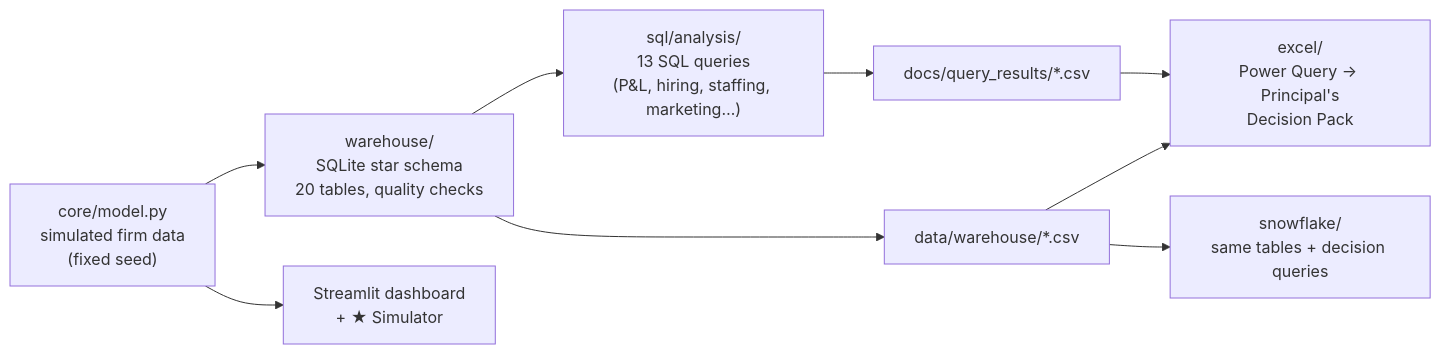
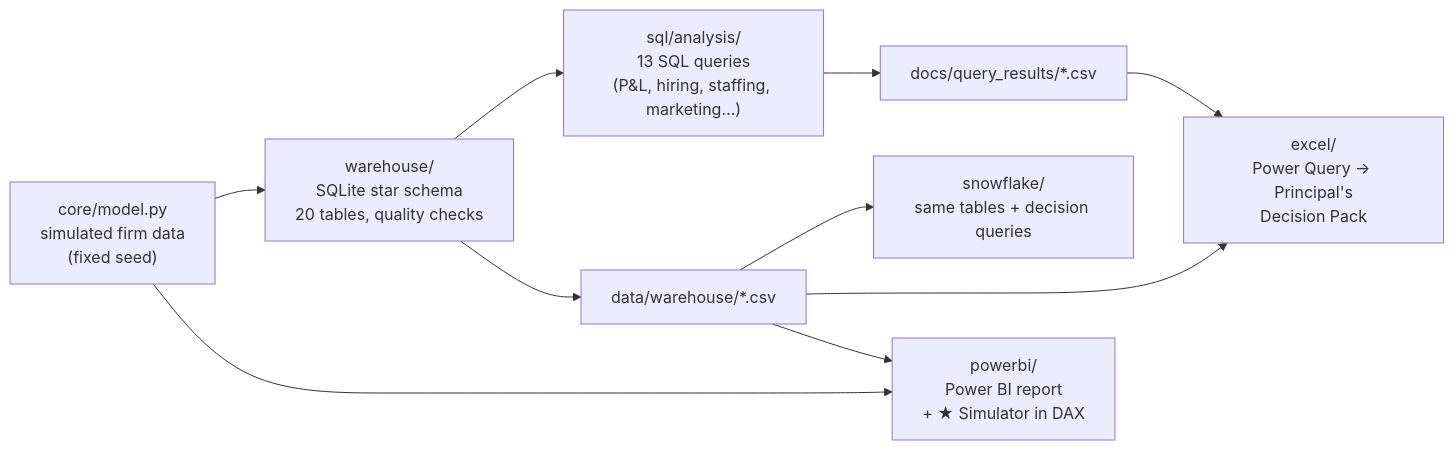
The diagram in README.md (brianphu2310/Law_Firm_Operations_Intelliigence), drawn with Mermaid before and after one commit. The commit also changed other lines of this file and 41 other files, not shown here.

First line of the commit message:
Make Power BI the only front end: remove the Streamlit app

````diff
--- a/README.md
+++ b/README.md
@@ -80,11 +76,12 @@
 ```mermaid
 flowchart LR
     m["core/model.py<br/>simulated firm data<br/>(fixed seed)"] --> wh["warehouse/<br/>SQLite star schema<br/>20 tables, quality checks"]
     wh --> sql["sql/analysis/<br/>13 SQL queries<br/>(P&L, hiring, staffing, marketing…)"]
     wh --> csv["data/warehouse/*.csv"]
     csv --> sf["snowflake/<br/>same tables + decision queries"]
     sql --> res["docs/query_results/*.csv"]
     res --> pq["excel/<br/>Power Query → Principal's<br/>Decision Pack"]
     csv --> pq
-    m --> app["Streamlit dashboard<br/>+ ★ Simulator"]
+    csv --> pbi["powerbi/<br/>Power BI report<br/>+ ★ Simulator in DAX"]
+    m --> pbi
 ```
````
